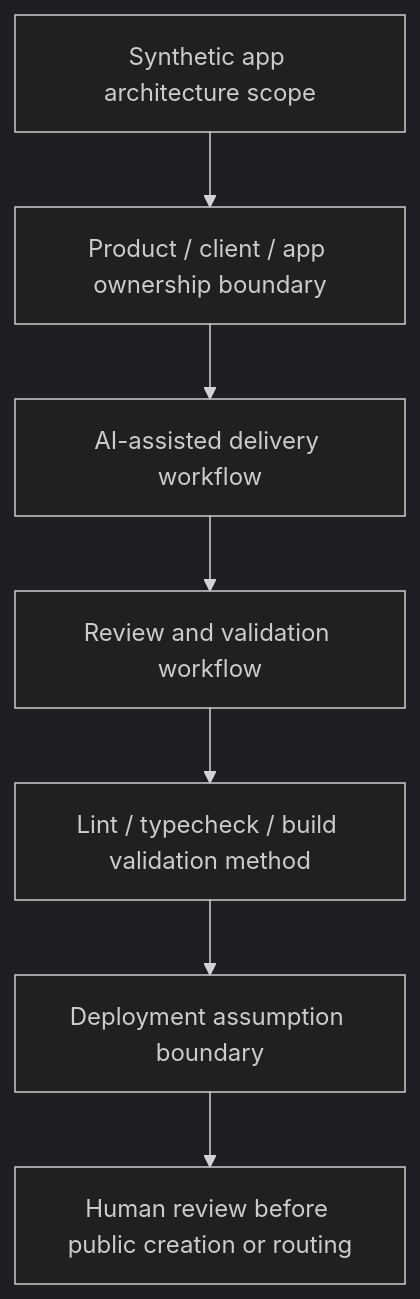
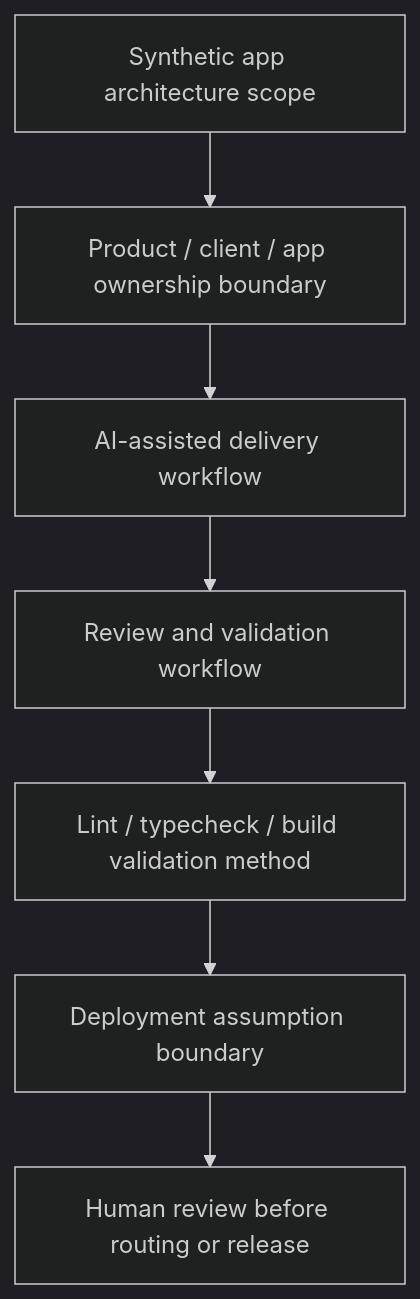
Before and after one commit to Franzabner/application-development-systems: the diagram in app-architecture/public-safe-nextjs-architecture.md, drawn with Mermaid (dark theme). The commit also changed other lines of this file and 9 other files, not shown here.

````diff
--- a/app-architecture/public-safe-nextjs-architecture.md
+++ b/app-architecture/public-safe-nextjs-architecture.md
@@ -86,9 +86,9 @@
 ```mermaid
 flowchart TD
   Scope["Synthetic app architecture scope"] --> Ownership["Product / client / app ownership boundary"]
   Ownership --> Delivery["AI-assisted delivery workflow"]
   Delivery --> Review["Review and validation workflow"]
   Review --> Checks["Lint / typecheck / build validation method"]
   Checks --> DeployBoundary["Deployment assumption boundary"]
-  DeployBoundary --> Human["Human review before public creation or routing"]
+  DeployBoundary --> Human["Human review before routing or release"]
 ```
````
